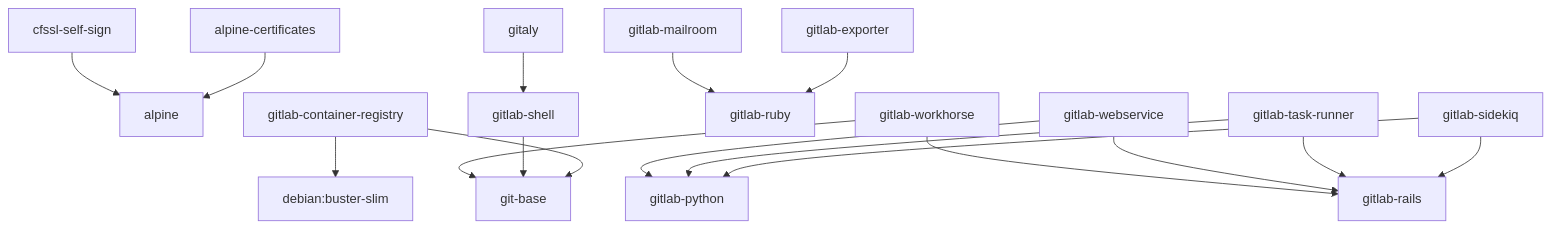
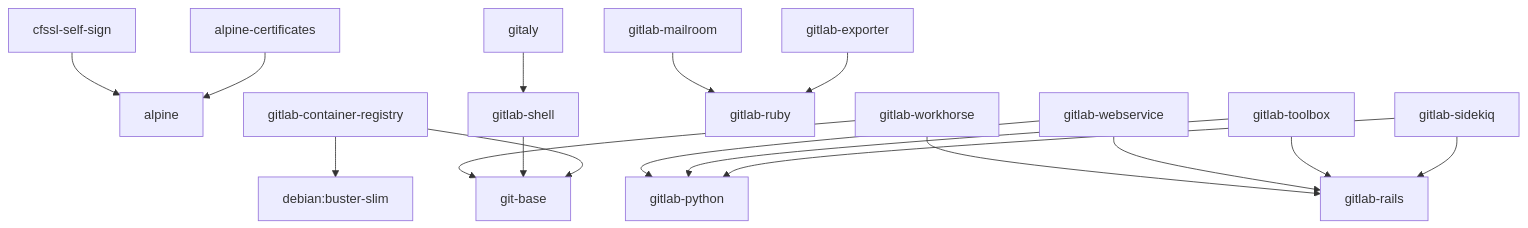
One commit to tachyons/gitlab-pages changed the second of 2 diagrams in docs/build.md. Above: the diagram before and after it, drawn with Mermaid. The commit also changed other lines of this file and 20 other files, not shown here.

Commit message:
Rename "task-runner" to "toolbox"

````diff
--- a/docs/build.md
+++ b/docs/build.md
@@ -182,19 +182,19 @@
 ```mermaid
 graph TD;
   alpine-certificates-->alpine;
   cfssl-self-sign-->alpine;
   gitaly-->gitlab-shell;
   gitlab-container-registry-->debian:buster-slim;
   gitlab-container-registry-->git-base;
   gitlab-exporter-->gitlab-ruby;
   gitlab-mailroom-->gitlab-ruby;
   gitlab-shell-->git-base;
   gitlab-sidekiq-->gitlab-python;
   gitlab-sidekiq-->gitlab-rails;
-  gitlab-task-runner-->gitlab-rails;
-  gitlab-task-runner-->gitlab-python;
+  gitlab-toolbox-->gitlab-rails;
+  gitlab-toolbox-->gitlab-python;
   gitlab-webservice-->gitlab-python;
   gitlab-webservice-->gitlab-rails;
   gitlab-workhorse-->gitlab-rails;
   gitlab-workhorse-->git-base;
 ```
````
